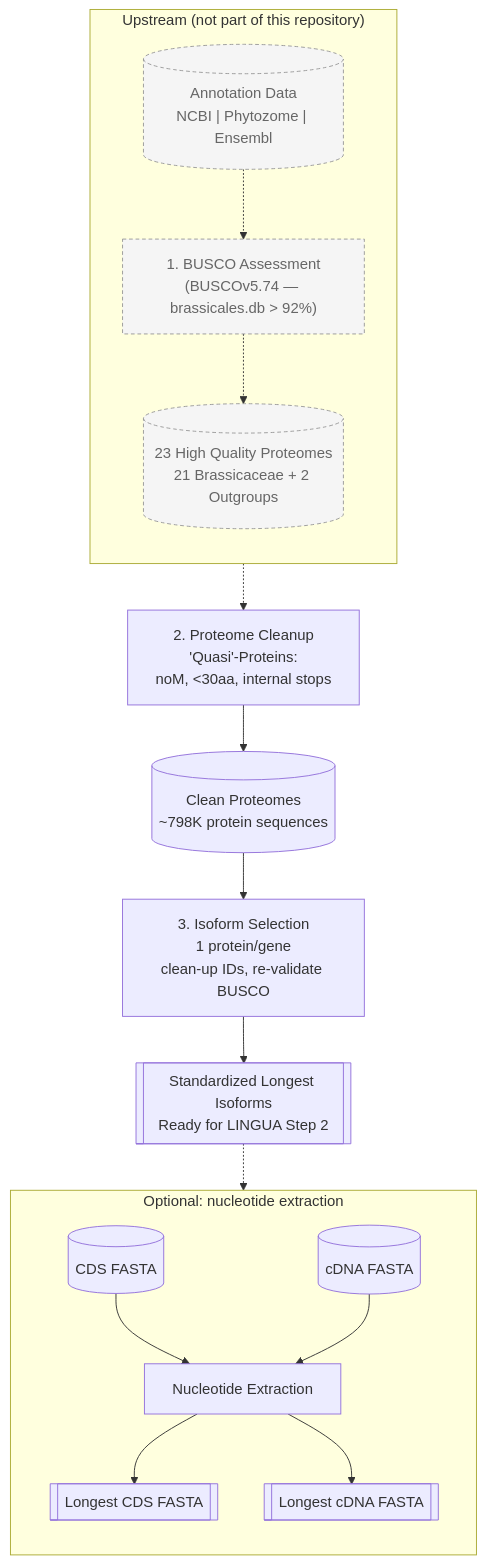
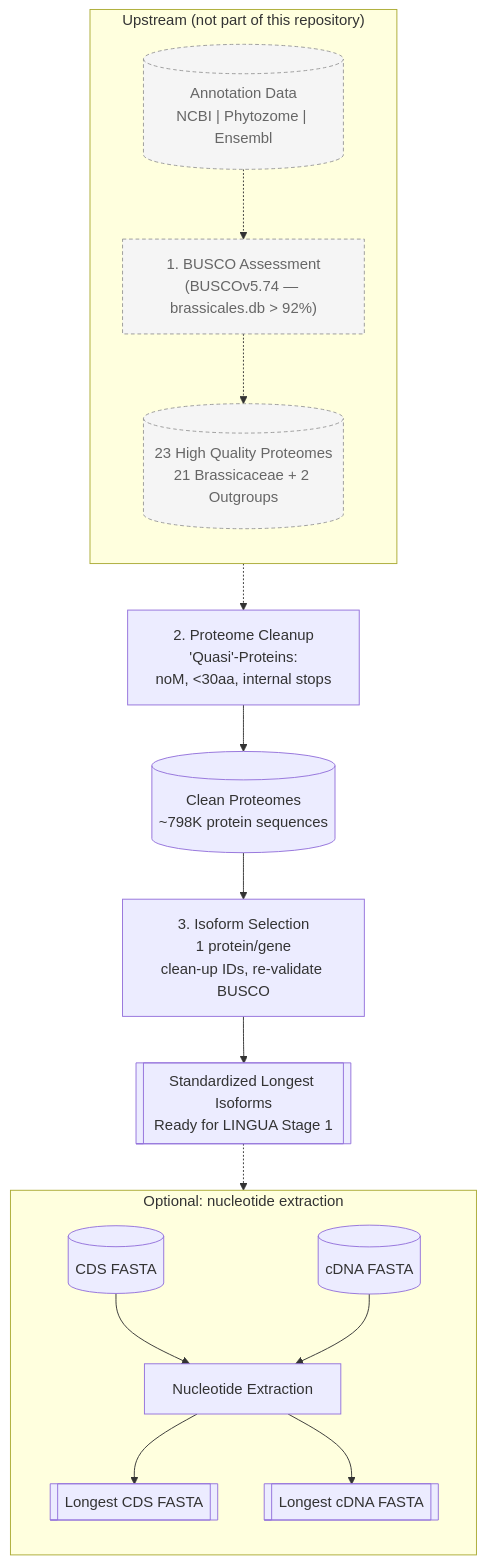
One commit to CasolaLab/LINGUA changed the second of 2 diagrams in 0_protein_preprocessing/README.md. Above: the diagram before and after it, drawn with Mermaid. The commit also changed other lines of this file and 5 other files, not shown here.

Commit message:
Update READMEs for the five-stage layout: stage roles, clone paths, stage 3 requirements, ancestral sequences, TE screen

````diff
--- a/0_protein_preprocessing/README.md
+++ b/0_protein_preprocessing/README.md
@@ -61,39 +63,39 @@
 ```mermaid
 flowchart TD
     subgraph upstream["Upstream (not part of this repository)"]
         direction TB
         A[("Annotation Data<br/>NCBI | Phytozome | Ensembl")]
         B["1. BUSCO Assessment<br/>(BUSCOv5.74 — brassicales.db > 92%)"]
         C[("23 High Quality Proteomes<br/>21 Brassicaceae + 2 Outgroups")]
         A -.-> B
         B -.-> C
     end
 
     D["2. Proteome Cleanup<br/>'Quasi'-Proteins:<br/>noM, &lt;30aa, internal stops"]
     E[("Clean Proteomes<br/>~798K protein sequences")]
     F["3. Isoform Selection<br/>1 protein/gene<br/>clean-up IDs, re-validate BUSCO"]
-    G[["Standardized Longest Isoforms<br/>Ready for LINGUA Step 2"]]
+    G[["Standardized Longest Isoforms<br/>Ready for LINGUA Stage 1"]]
 
     C -.-> D
     D --> E
     E --> F
     F --> G
 
     subgraph nucleotide["Optional: nucleotide extraction"]
         direction TB
         H[("CDS FASTA")]
         I[("cDNA FASTA")]
         J["Nucleotide Extraction"]
         K[["Longest CDS FASTA"]]
         L[["Longest cDNA FASTA"]]
         H --> J
         I --> J
         J --> K
         J --> L
     end
 
     G -.-> nucleotide
 
     classDef upstreamNode fill:#f5f5f5,stroke:#999,color:#666,stroke-dasharray: 4 3;
     class A,B,C upstreamNode
 ```
````
